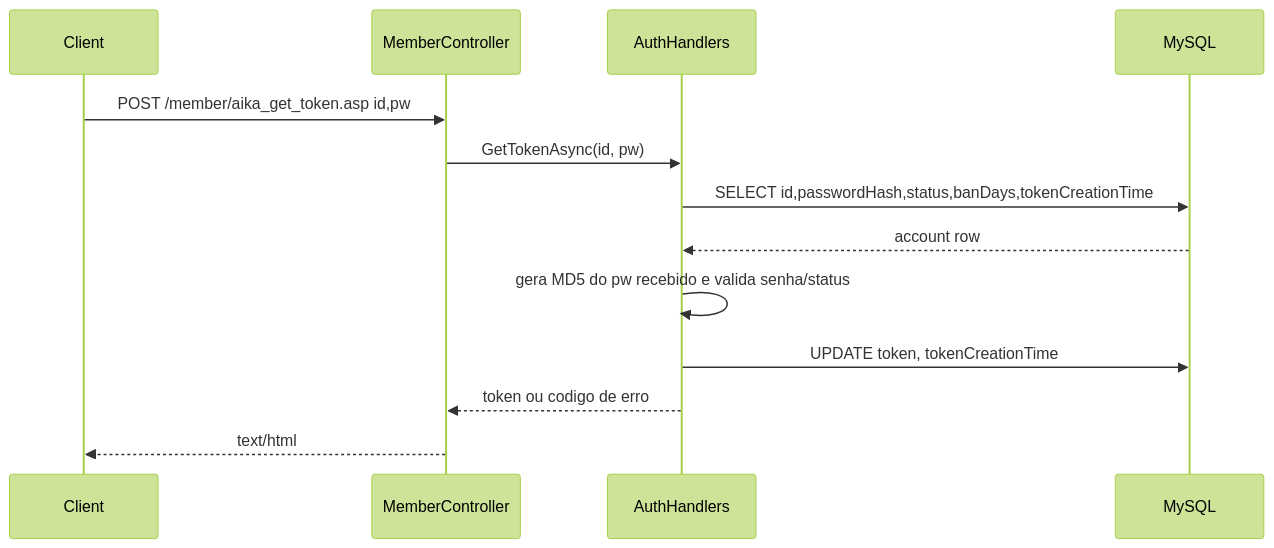
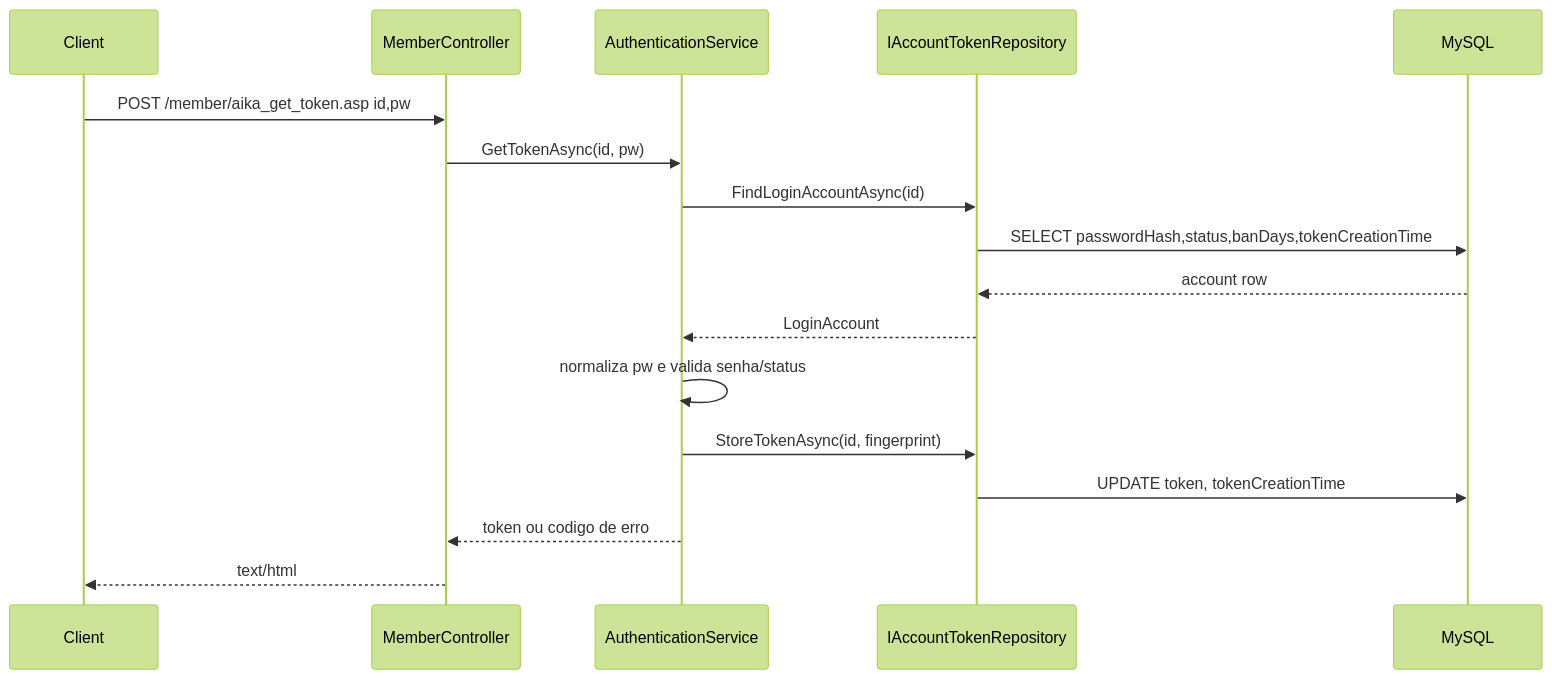
The diagram in SecondBrain/Projects/Aika OG/Auth/Aika OG - Sistema de Auth.md (rootIV/SecondBrain), drawn with Mermaid (forest theme) before and after one commit. The commit also changed other lines of this file and 107 other files, not shown here.

````diff
--- a/SecondBrain/Projects/Aika OG/Auth/Aika OG - Sistema de Auth.md
+++ b/SecondBrain/Projects/Aika OG/Auth/Aika OG - Sistema de Auth.md
@@ -33,16 +49,20 @@
 ```mermaid
 sequenceDiagram
     participant Client
     participant MemberController
-    participant AuthHandlers
+    participant Auth as AuthenticationService
+    participant Repo as IAccountTokenRepository
     participant MySQL
 
     Client->>MemberController: POST /member/aika_get_token.asp id,pw
-    MemberController->>AuthHandlers: GetTokenAsync(id, pw)
-    AuthHandlers->>MySQL: SELECT id,passwordHash,status,banDays,tokenCreationTime
-    MySQL-->>AuthHandlers: account row
-    AuthHandlers->>AuthHandlers: gera MD5 do pw recebido e valida senha/status
-    AuthHandlers->>MySQL: UPDATE token, tokenCreationTime
-    AuthHandlers-->>MemberController: token ou codigo de erro
+    MemberController->>Auth: GetTokenAsync(id, pw)
+    Auth->>Repo: FindLoginAccountAsync(id)
+    Repo->>MySQL: SELECT passwordHash,status,banDays,tokenCreationTime
+    MySQL-->>Repo: account row
+    Repo-->>Auth: LoginAccount
+    Auth->>Auth: normaliza pw e valida senha/status
+    Auth->>Repo: StoreTokenAsync(id, fingerprint)
+    Repo->>MySQL: UPDATE token, tokenCreationTime
+    Auth-->>MemberController: token ou codigo de erro
     MemberController-->>Client: text/html
 ```
````
